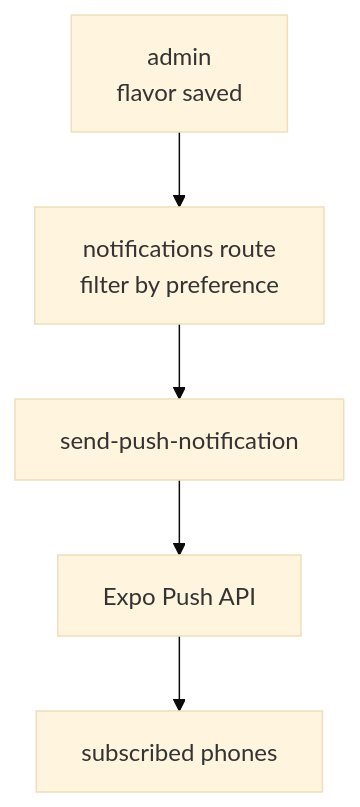
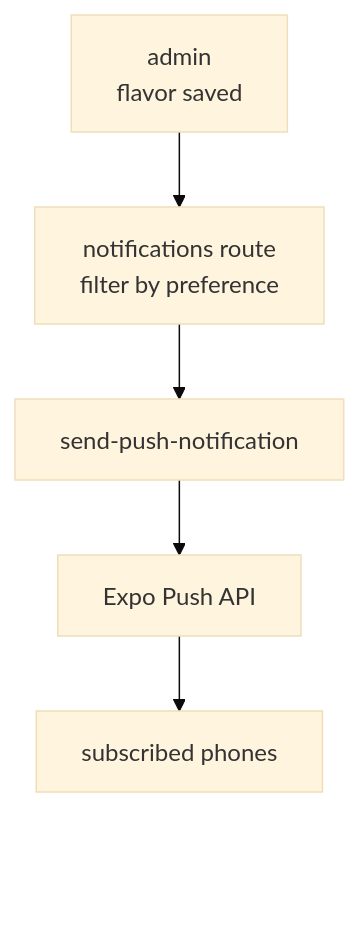
One commit to mobilteknolojileri/case-studies changed the third of 3 diagrams in getyo.md. Above: the diagram before and after it, drawn with Mermaid (base theme). The commit also changed other lines of this file, not shown here.

Commit message:
docs(getyo): keep diagrams clear of github zoom controls

````diff
--- a/getyo.md
+++ b/getyo.md
@@ -64,10 +72,14 @@
 ```mermaid
 flowchart TD
     AD["admin<br/>flavor saved"]
     API["notifications route<br/>filter by preference"]
     EF["send-push-notification"]
     EX["Expo Push API"]
     PH["subscribed phones"]
+    SP[" "]
 
     AD --> API --> EF --> EX --> PH
+    PH ~~~ SP
+    classDef spacer fill:none,stroke:none
+    class SP spacer
 ```
````
